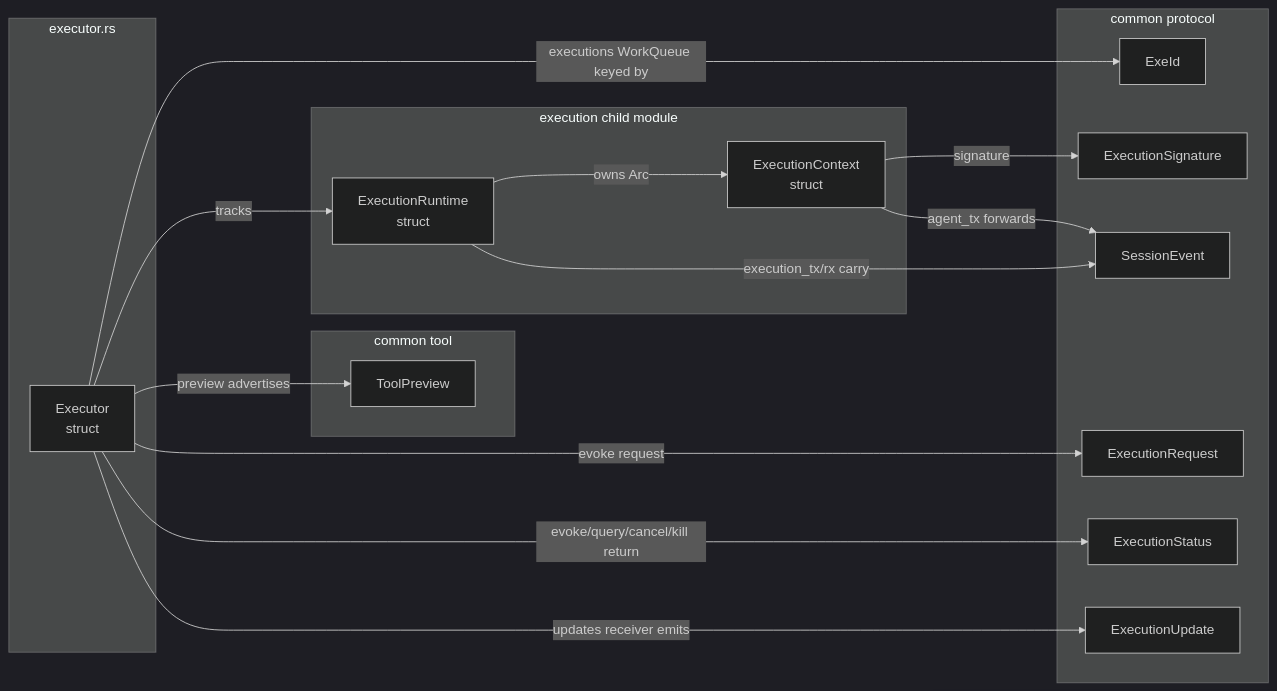
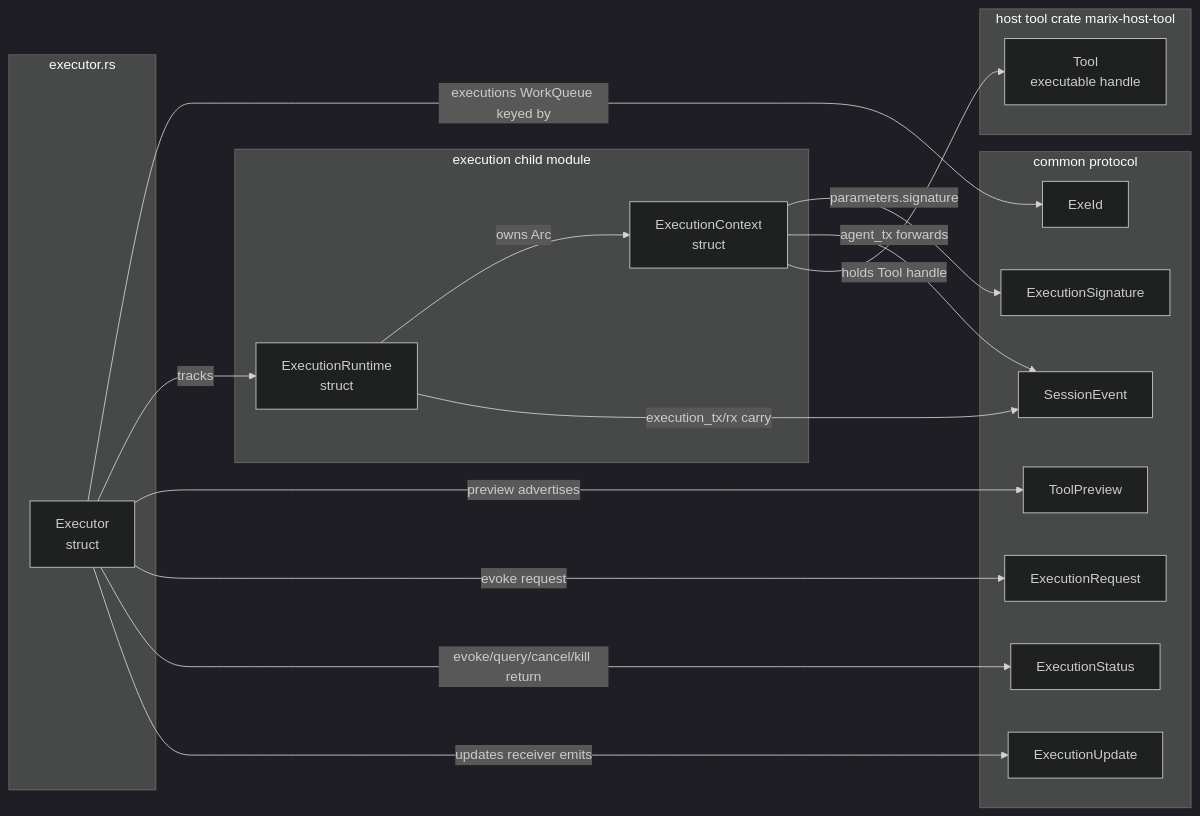
The diagram in src/host/executor/.workflow.mmd (DexterDreeeam/Marix), drawn with Mermaid (dark theme) before and after one commit. The commit also changed 44 other files, not shown here.

Commit message:
Switch net channels to mpsc, merge run into new, relocate Tool handle, move tool contracts into protocol

```diff
--- a/src/host/executor/.workflow.mmd
+++ b/src/host/executor/.workflow.mmd
@@ -1,34 +1,36 @@
 flowchart LR
-  %% Executor tool-execution interfaces are draft-only; method bodies are panic-backed placeholders.
+  %% Executor preview/evoke/query/cancel/kill/updates bodies remain panic-backed stubs; the execution child module runtime is implemented.
   subgraph executor_rs[executor.rs]
     Executor["Executor\nstruct"]
   end
 
   subgraph execution_mod[execution child module]
     ExecutionRuntime["ExecutionRuntime\nstruct"]
     ExecutionContext["ExecutionContext\nstruct"]
   end
 
   subgraph common_protocol[common protocol]
     ExeId["ExeId"]
     ExecutionSignature["ExecutionSignature"]
     ExecutionRequest["ExecutionRequest"]
     ExecutionStatus["ExecutionStatus"]
     ExecutionUpdate["ExecutionUpdate"]
     SessionEvent["SessionEvent"]
+    ToolPreview["ToolPreview"]
   end
 
-  subgraph common_tool[common tool]
-    ToolPreview["ToolPreview"]
+  subgraph host_tool[host tool crate marix-host-tool]
+    Tool["Tool\nexecutable handle"]
   end
 
   Executor -->|"executions WorkQueue keyed by"| ExeId
   Executor -->|"tracks"| ExecutionRuntime
   ExecutionRuntime -->|"owns Arc"| ExecutionContext
-  ExecutionContext -->|"signature"| ExecutionSignature
+  ExecutionContext -->|"parameters.signature"| ExecutionSignature
   ExecutionContext -->|"agent_tx forwards"| SessionEvent
+  ExecutionContext -->|"holds Tool handle"| Tool
   ExecutionRuntime -->|"execution_tx/rx carry"| SessionEvent
   Executor -->|"preview advertises"| ToolPreview
   Executor -->|"evoke request"| ExecutionRequest
   Executor -->|"evoke/query/cancel/kill return"| ExecutionStatus
   Executor -->|"updates receiver emits"| ExecutionUpdate
```
